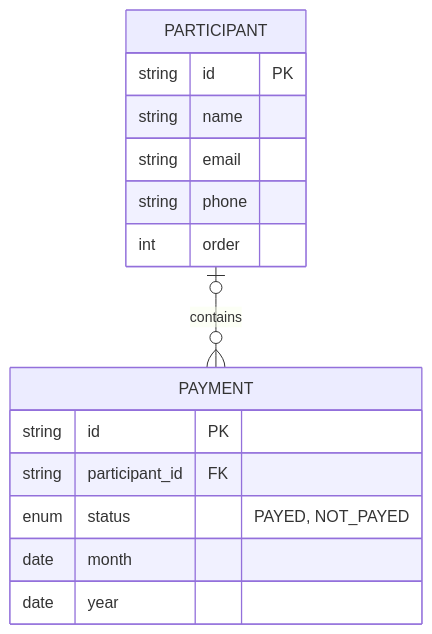
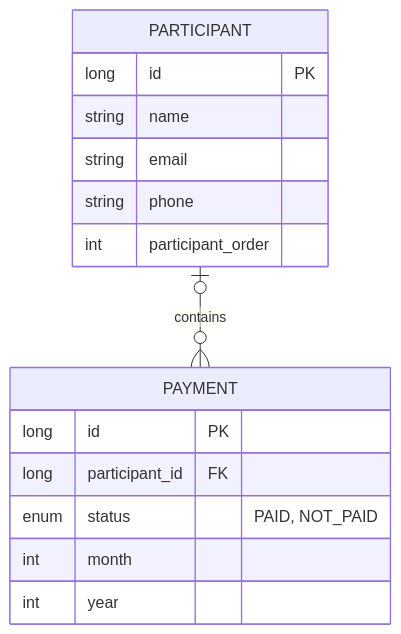
Before and after one commit to RodrigoMaga/youtube-premium-billing-bot: the diagram in docs/Database.md, drawn with Mermaid. The commit also changed 8 other files, not shown here.

````diff
--- a/docs/Database.md
+++ b/docs/Database.md
@@ -2,20 +2,20 @@
 ```mermaid
 erDiagram
     PARTICIPANT o|--o{ PAYMENT : contains
 
     PARTICIPANT {
-        string id PK
+        long id PK
         string name
         string email
         string phone
-        int order
+        int participant_order
     }
 
     PAYMENT {
-        string id PK
-        string participant_id FK
-        enum status "PAYED, NOT_PAYED"
-        date month
-        date year
+        long id PK
+        long participant_id FK
+        enum status "PAID, NOT_PAID"
+        int month
+        int year
     }
 ```
````
